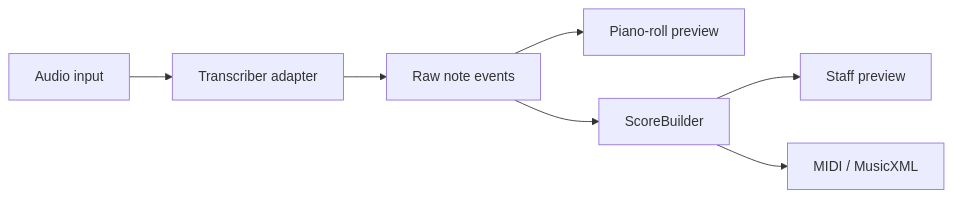
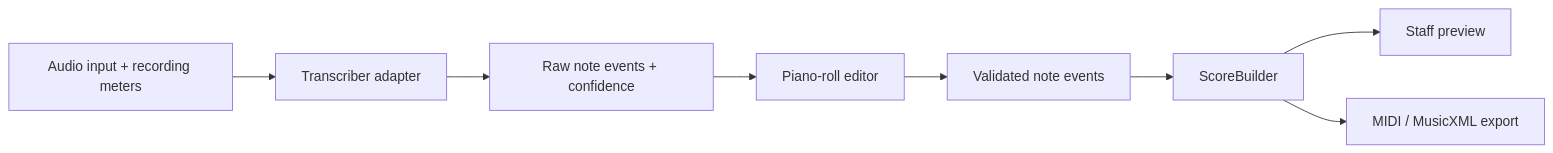
The diagram in README.md (freechie/audio2score), drawn with Mermaid before and after one commit. The commit also changed other lines of this file and 2 other files, not shown here.

````diff
--- a/README.md
+++ b/README.md
@@ -56,9 +96,10 @@
 ```mermaid
 flowchart LR
-    A["Audio input"] --> B["Transcriber adapter"]
-    B --> C["Raw note events"]
-    C --> D["Piano-roll preview"]
-    C --> E["ScoreBuilder"]
-    E --> F["Staff preview"]
-    E --> G["MIDI / MusicXML"]
+    A["Audio input + recording meters"] --> B["Transcriber adapter"]
+    B --> C["Raw note events + confidence"]
+    C --> D["Piano-roll editor"]
+    D --> E["Validated note events"]
+    E --> F["ScoreBuilder"]
+    F --> G["Staff preview"]
+    F --> H["MIDI / MusicXML export"]
 ```
````
